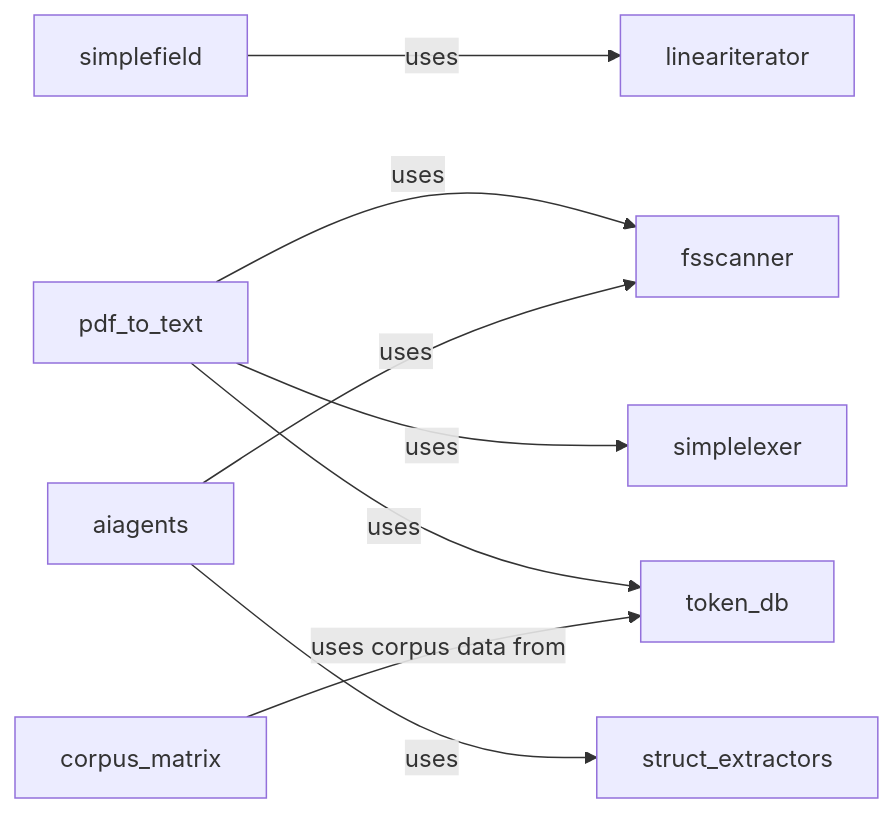
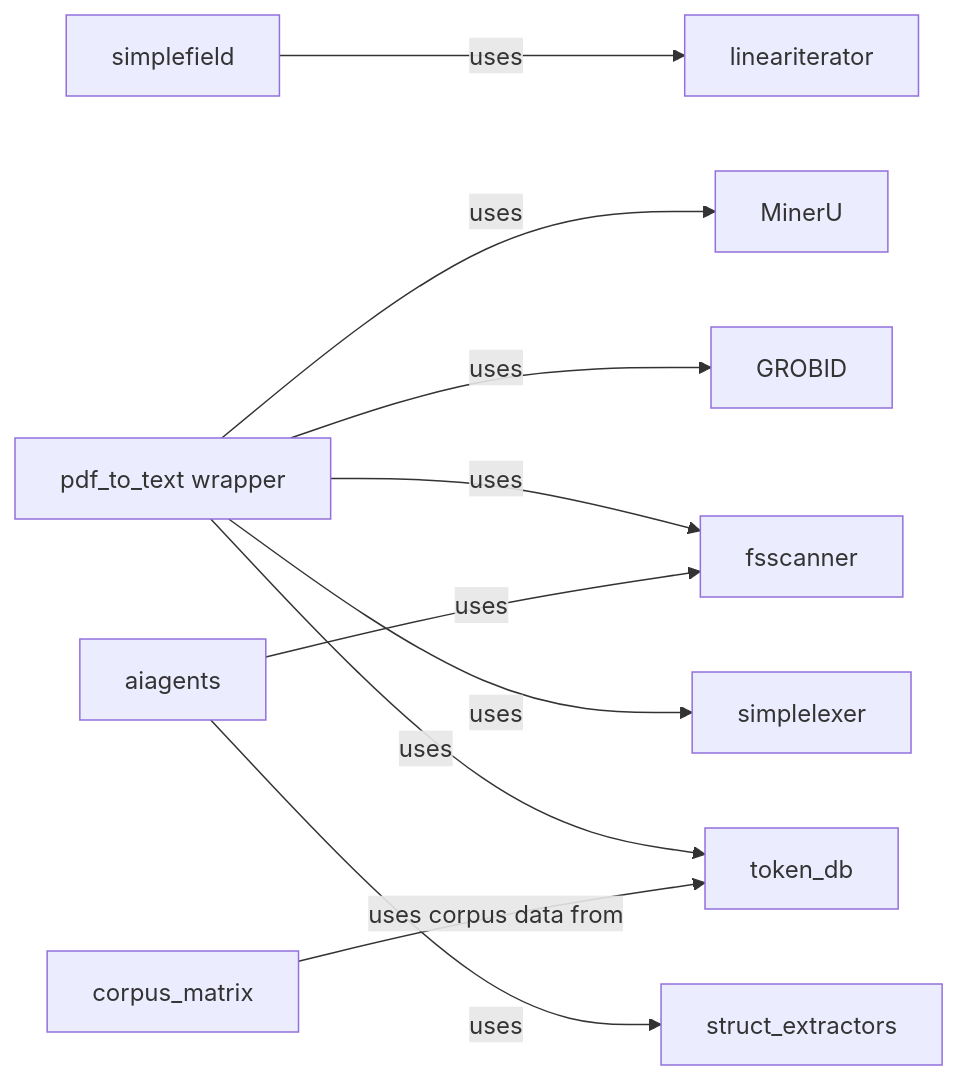
One commit to witold-k/witold-k changed the sixth of 6 diagrams in README.md. Above: the diagram before and after it, drawn with Mermaid. The commit also changed other lines of this file, not shown here.

Commit message:
Clarify pdf_to_text wrapper and extraction backends

````diff
--- a/README.md
+++ b/README.md
@@ -129,10 +132,12 @@
 ```mermaid
 flowchart LR
     SF[simplefield] -->|uses| LI[lineariterator]
-    PDF[pdf_to_text] -->|uses| FS[fsscanner]
+    PDF[pdf_to_text wrapper] -->|uses| MU[MinerU]
+    PDF -->|uses| GR[GROBID]
+    PDF -->|uses| FS[fsscanner]
     PDF -->|uses| LX[simplelexer]
     PDF -->|uses| T[token_db]
     CM[corpus_matrix] -->|uses corpus data from| T
     A[aiagents] -->|uses| FS
     A -->|uses| SE[struct_extractors]
 ```
````
